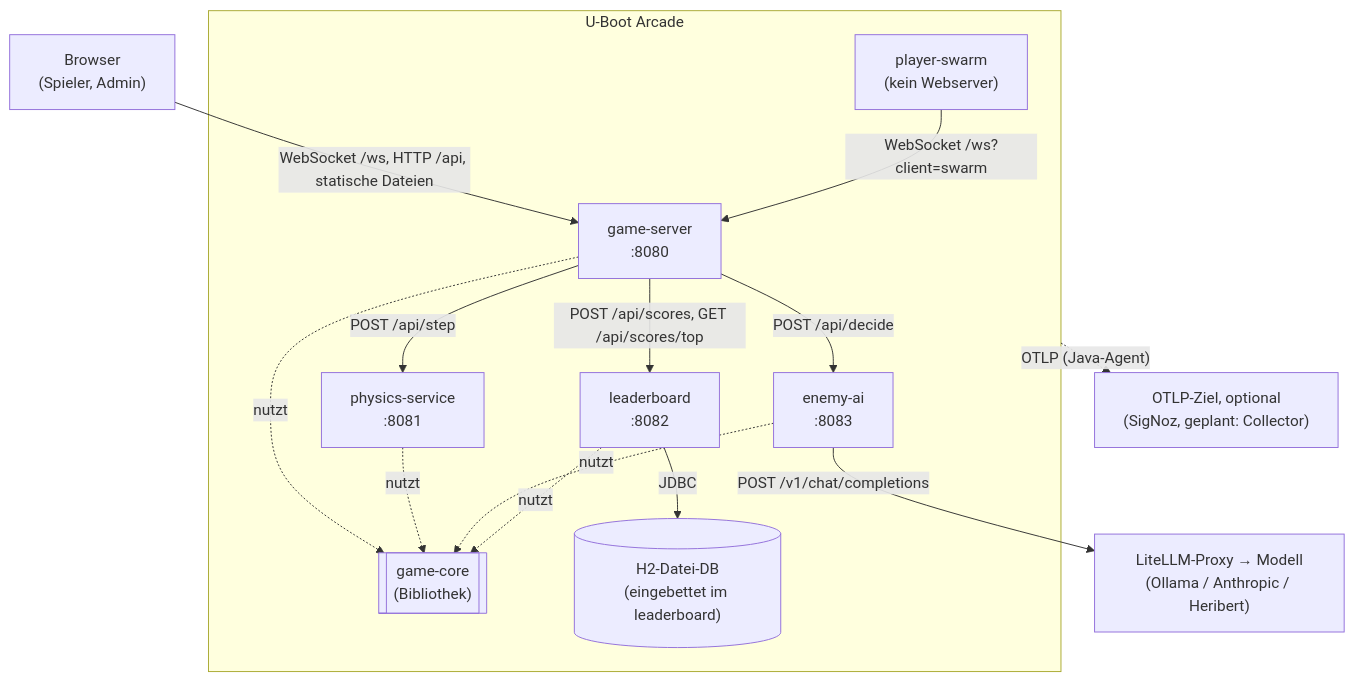
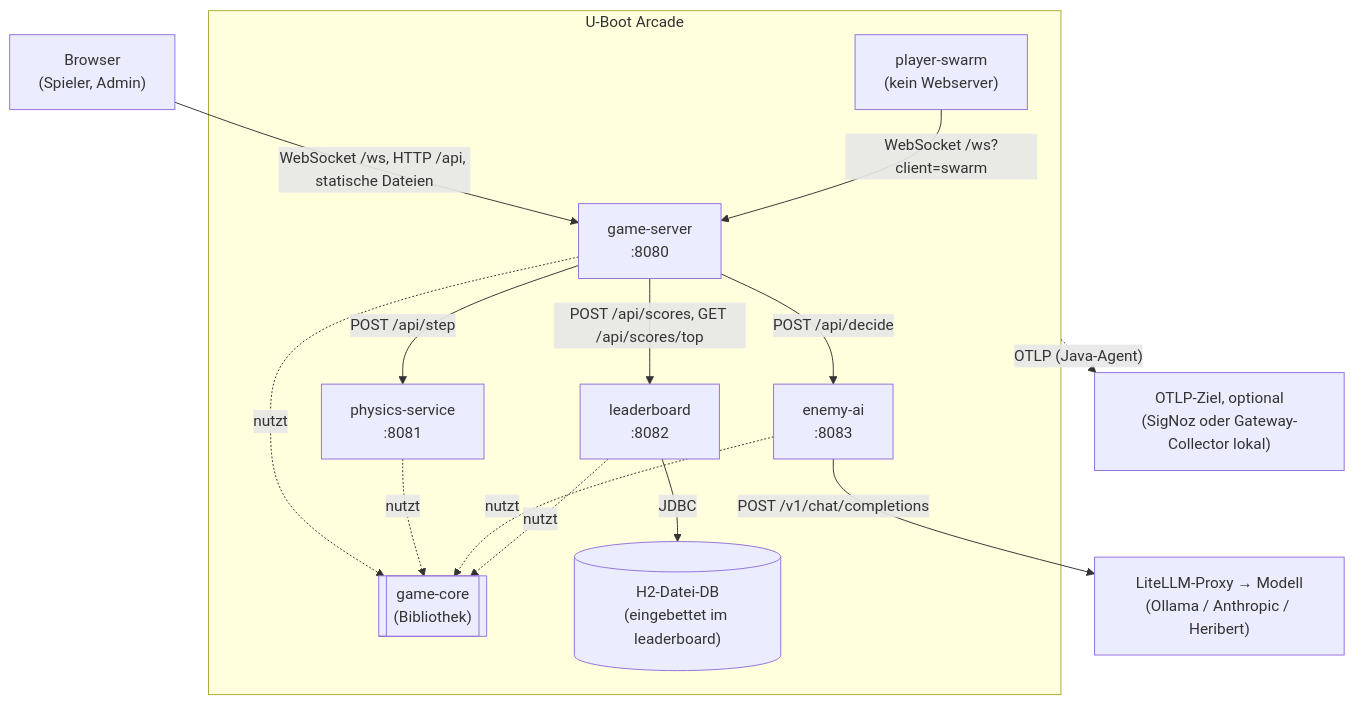
Before and after one commit to c-kaiser/u-boot-arcade: the diagram in arc-doc/05-Bausteinsicht/05-01-Ebene-1.md, drawn with Mermaid. The commit also changed 20 other files, not shown here.

````diff
--- a/arc-doc/05-Bausteinsicht/05-01-Ebene-1.md
+++ b/arc-doc/05-Bausteinsicht/05-01-Ebene-1.md
@@ -9,31 +9,31 @@
 ```mermaid
 flowchart TB
     Browser["Browser<br/>(Spieler, Admin)"]
     LLM["LiteLLM-Proxy → Modell<br/>(Ollama / Anthropic / Heribert)"]
-    OTEL["OTLP-Ziel, optional<br/>(SigNoz, geplant: Collector)"]
+    OTEL["OTLP-Ziel, optional<br/>(SigNoz oder Gateway-Collector lokal)"]
 
     subgraph System["U-Boot Arcade"]
         GS["game-server<br/>:8080"]
         PH["physics-service<br/>:8081"]
         LB["leaderboard<br/>:8082"]
         AI["enemy-ai<br/>:8083"]
         SW["player-swarm<br/>(kein Webserver)"]
         CORE[["game-core<br/>(Bibliothek)"]]
         DB[("H2-Datei-DB<br/>(eingebettet im leaderboard)")]
     end
 
     Browser -- "WebSocket /ws, HTTP /api, statische Dateien" --> GS
     SW -- "WebSocket /ws?client=swarm" --> GS
     GS -- "POST /api/step" --> PH
     GS -- "POST /api/decide" --> AI
     GS -- "POST /api/scores, GET /api/scores/top" --> LB
     LB -- JDBC --> DB
     AI -- "POST /v1/chat/completions" --> LLM
 
     GS -. nutzt .-> CORE
     PH -. nutzt .-> CORE
     AI -. nutzt .-> CORE
     LB -. nutzt .-> CORE
 
     System -. "OTLP (Java-Agent)" .-> OTEL
 ```
````
